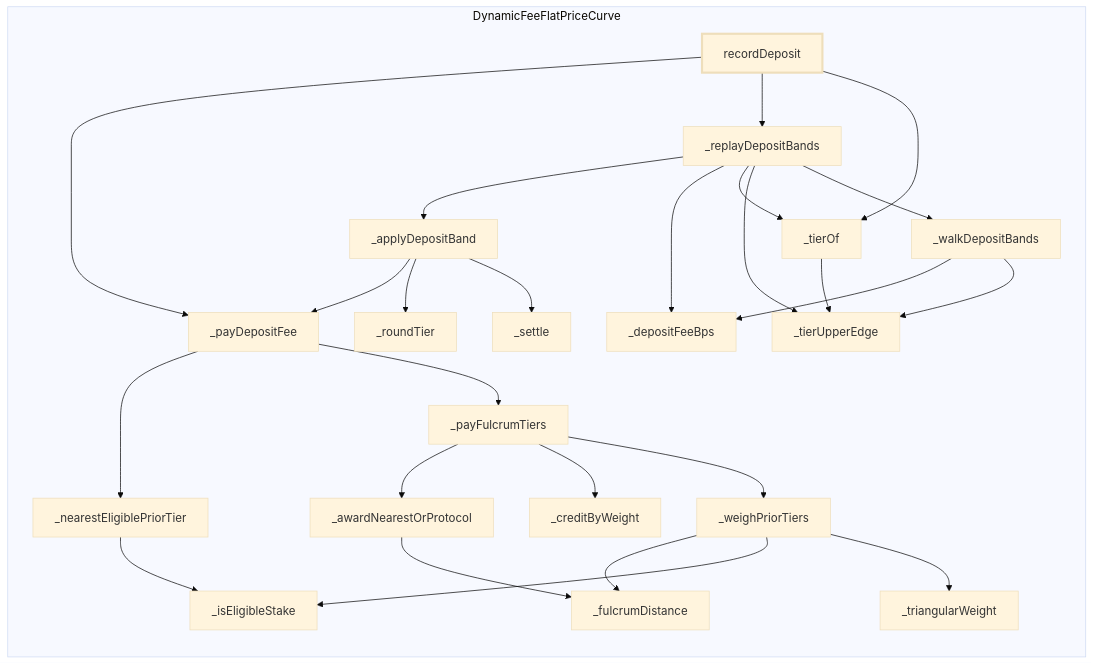
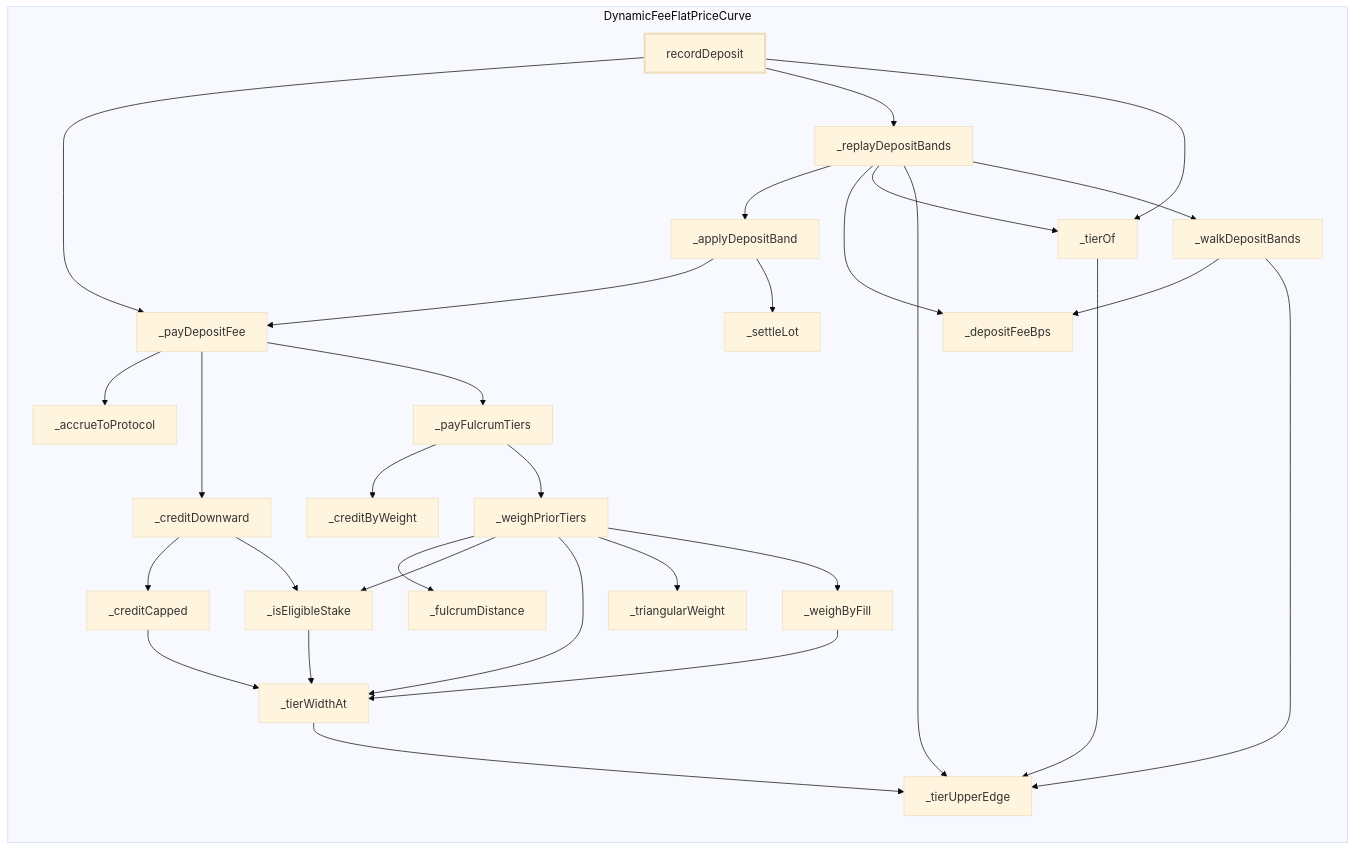
One commit to 0xIntuition/intuition-contracts-v2 changed the diagram in docs/call-flows/generated/curve-record-deposit.md. Above: the diagram before and after it, drawn with Mermaid (base theme). The commit also changed other lines of this file and 26 other files, not shown here.

Commit message:
fix: per-lot position accounting and an occupancy-weighted fee spread on the dynamic-fee curve (5.1, 5.3)

````diff
--- a/docs/call-flows/generated/curve-record-deposit.md
+++ b/docs/call-flows/generated/curve-record-deposit.md
@@ -11,48 +11,55 @@
 ```mermaid
 flowchart LR
   subgraph DynamicFeeFlatPriceCurve["DynamicFeeFlatPriceCurve"]
+    DynamicFeeFlatPriceCurve__accrueToProtocol["_accrueToProtocol"]
     DynamicFeeFlatPriceCurve__applyDepositBand["_applyDepositBand"]
-    DynamicFeeFlatPriceCurve__awardNearestOrProtocol["_awardNearestOrProtocol"]
     DynamicFeeFlatPriceCurve__creditByWeight["_creditByWeight"]
+    DynamicFeeFlatPriceCurve__creditCapped["_creditCapped"]
+    DynamicFeeFlatPriceCurve__creditDownward["_creditDownward"]
     DynamicFeeFlatPriceCurve__depositFeeBps["_depositFeeBps"]
     DynamicFeeFlatPriceCurve__fulcrumDistance["_fulcrumDistance"]
     DynamicFeeFlatPriceCurve__isEligibleStake["_isEligibleStake"]
-    DynamicFeeFlatPriceCurve__nearestEligiblePriorTier["_nearestEligiblePriorTier"]
     DynamicFeeFlatPriceCurve__payDepositFee["_payDepositFee"]
     DynamicFeeFlatPriceCurve__payFulcrumTiers["_payFulcrumTiers"]
     DynamicFeeFlatPriceCurve__replayDepositBands["_replayDepositBands"]
-    DynamicFeeFlatPriceCurve__roundTier["_roundTier"]
-    DynamicFeeFlatPriceCurve__settle["_settle"]
+    DynamicFeeFlatPriceCurve__settleLot["_settleLot"]
     DynamicFeeFlatPriceCurve__tierOf["_tierOf"]
     DynamicFeeFlatPriceCurve__tierUpperEdge["_tierUpperEdge"]
+    DynamicFeeFlatPriceCurve__tierWidthAt["_tierWidthAt"]
     DynamicFeeFlatPriceCurve__triangularWeight["_triangularWeight"]
     DynamicFeeFlatPriceCurve__walkDepositBands["_walkDepositBands"]
+    DynamicFeeFlatPriceCurve__weighByFill["_weighByFill"]
     DynamicFeeFlatPriceCurve__weighPriorTiers["_weighPriorTiers"]
     DynamicFeeFlatPriceCurve_recordDeposit["recordDeposit"]
   end
   DynamicFeeFlatPriceCurve_recordDeposit --> DynamicFeeFlatPriceCurve__payDepositFee
   DynamicFeeFlatPriceCurve_recordDeposit --> DynamicFeeFlatPriceCurve__replayDepositBands
   DynamicFeeFlatPriceCurve_recordDeposit --> DynamicFeeFlatPriceCurve__tierOf
-  DynamicFeeFlatPriceCurve__payDepositFee --> DynamicFeeFlatPriceCurve__nearestEligiblePriorTier
+  DynamicFeeFlatPriceCurve__payDepositFee --> DynamicFeeFlatPriceCurve__accrueToProtocol
+  DynamicFeeFlatPriceCurve__payDepositFee --> DynamicFeeFlatPriceCurve__creditDownward
   DynamicFeeFlatPriceCurve__payDepositFee --> DynamicFeeFlatPriceCurve__payFulcrumTiers
   DynamicFeeFlatPriceCurve__replayDepositBands --> DynamicFeeFlatPriceCurve__applyDepositBand
   DynamicFeeFlatPriceCurve__replayDepositBands --> DynamicFeeFlatPriceCurve__depositFeeBps
   DynamicFeeFlatPriceCurve__replayDepositBands --> DynamicFeeFlatPriceCurve__tierOf
   DynamicFeeFlatPriceCurve__replayDepositBands --> DynamicFeeFlatPriceCurve__tierUpperEdge
   DynamicFeeFlatPriceCurve__replayDepositBands --> DynamicFeeFlatPriceCurve__walkDepositBands
   DynamicFeeFlatPriceCurve__tierOf --> DynamicFeeFlatPriceCurve__tierUpperEdge
-  DynamicFeeFlatPriceCurve__nearestEligiblePriorTier --> DynamicFeeFlatPriceCurve__isEligibleStake
-  DynamicFeeFlatPriceCurve__payFulcrumTiers --> DynamicFeeFlatPriceCurve__awardNearestOrProtocol
+  DynamicFeeFlatPriceCurve__creditDownward --> DynamicFeeFlatPriceCurve__creditCapped
+  DynamicFeeFlatPriceCurve__creditDownward --> DynamicFeeFlatPriceCurve__isEligibleStake
   DynamicFeeFlatPriceCurve__payFulcrumTiers --> DynamicFeeFlatPriceCurve__creditByWeight
   DynamicFeeFlatPriceCurve__payFulcrumTiers --> DynamicFeeFlatPriceCurve__weighPriorTiers
   DynamicFeeFlatPriceCurve__applyDepositBand --> DynamicFeeFlatPriceCurve__payDepositFee
-  DynamicFeeFlatPriceCurve__applyDepositBand --> DynamicFeeFlatPriceCurve__roundTier
-  DynamicFeeFlatPriceCurve__applyDepositBand --> DynamicFeeFlatPriceCurve__settle
+  DynamicFeeFlatPriceCurve__applyDepositBand --> DynamicFeeFlatPriceCurve__settleLot
   DynamicFeeFlatPriceCurve__walkDepositBands --> DynamicFeeFlatPriceCurve__depositFeeBps
   DynamicFeeFlatPriceCurve__walkDepositBands --> DynamicFeeFlatPriceCurve__tierUpperEdge
-  DynamicFeeFlatPriceCurve__awardNearestOrProtocol --> DynamicFeeFlatPriceCurve__fulcrumDistance
+  DynamicFeeFlatPriceCurve__creditCapped --> DynamicFeeFlatPriceCurve__tierWidthAt
+  DynamicFeeFlatPriceCurve__isEligibleStake --> DynamicFeeFlatPriceCurve__tierWidthAt
   DynamicFeeFlatPriceCurve__weighPriorTiers --> DynamicFeeFlatPriceCurve__fulcrumDistance
   DynamicFeeFlatPriceCurve__weighPriorTiers --> DynamicFeeFlatPriceCurve__isEligibleStake
+  DynamicFeeFlatPriceCurve__weighPriorTiers --> DynamicFeeFlatPriceCurve__tierWidthAt
   DynamicFeeFlatPriceCurve__weighPriorTiers --> DynamicFeeFlatPriceCurve__triangularWeight
+  DynamicFeeFlatPriceCurve__weighPriorTiers --> DynamicFeeFlatPriceCurve__weighByFill
+  DynamicFeeFlatPriceCurve__tierWidthAt --> DynamicFeeFlatPriceCurve__tierUpperEdge
+  DynamicFeeFlatPriceCurve__weighByFill --> DynamicFeeFlatPriceCurve__tierWidthAt
   style DynamicFeeFlatPriceCurve_recordDeposit stroke-width:3px
 ```
````
